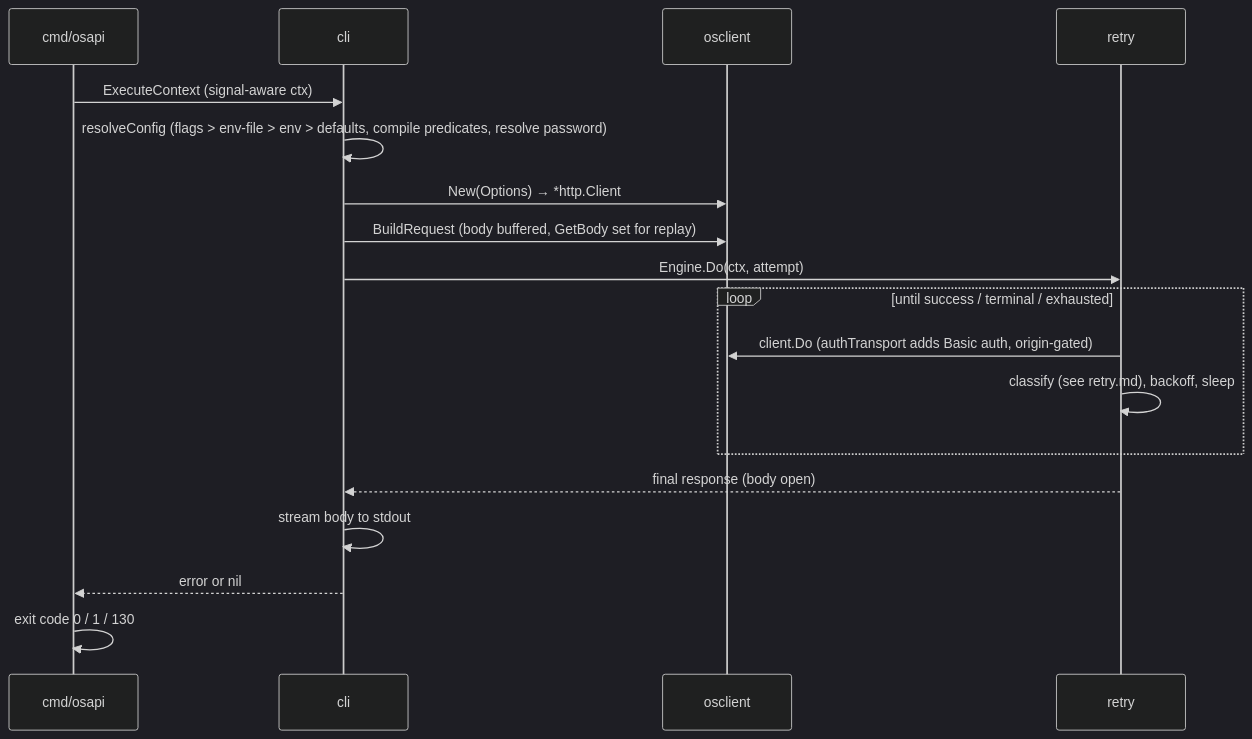
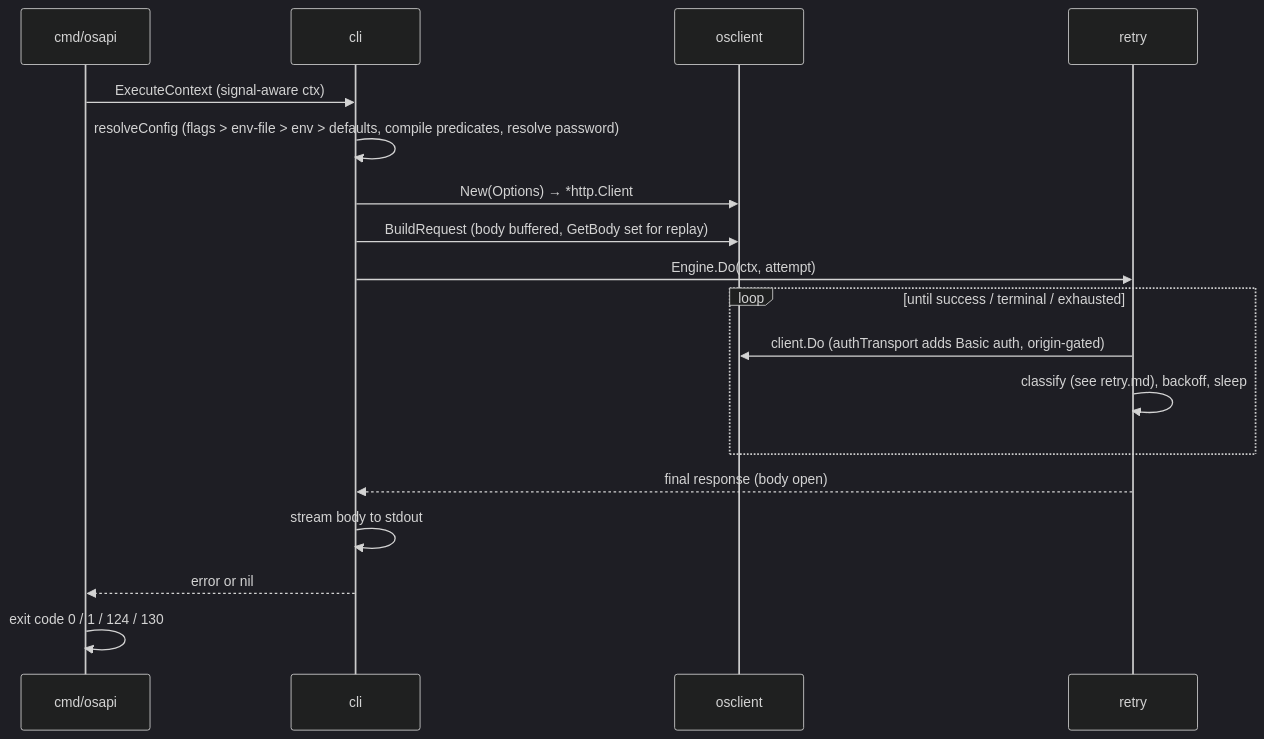
The second of 2 diagrams in docs/architecture.md (logmanager-oss/opensearch-api), drawn with Mermaid (dark theme) before and after one commit. The commit also changed other lines of this file and 15 other files, not shown here.

````diff
--- a/docs/architecture.md
+++ b/docs/architecture.md
@@ -47,20 +47,20 @@
 ```mermaid
 sequenceDiagram
     participant main as cmd/osapi
     participant cli
     participant osclient
     participant retry
     main->>cli: ExecuteContext (signal-aware ctx)
     cli->>cli: resolveConfig (flags > env-file > env > defaults, compile predicates, resolve password)
     cli->>osclient: New(Options) → *http.Client
     cli->>osclient: BuildRequest (body buffered, GetBody set for replay)
     cli->>retry: Engine.Do(ctx, attempt)
     loop until success / terminal / exhausted
         retry->>osclient: client.Do (authTransport adds Basic auth, origin-gated)
         retry->>retry: classify (see retry.md), backoff, sleep
     end
     retry-->>cli: final response (body open)
     cli->>cli: stream body to stdout
     cli-->>main: error or nil
-    main->>main: exit code 0 / 1 / 130
+    main->>main: exit code 0 / 1 / 124 / 130
 ```
````
